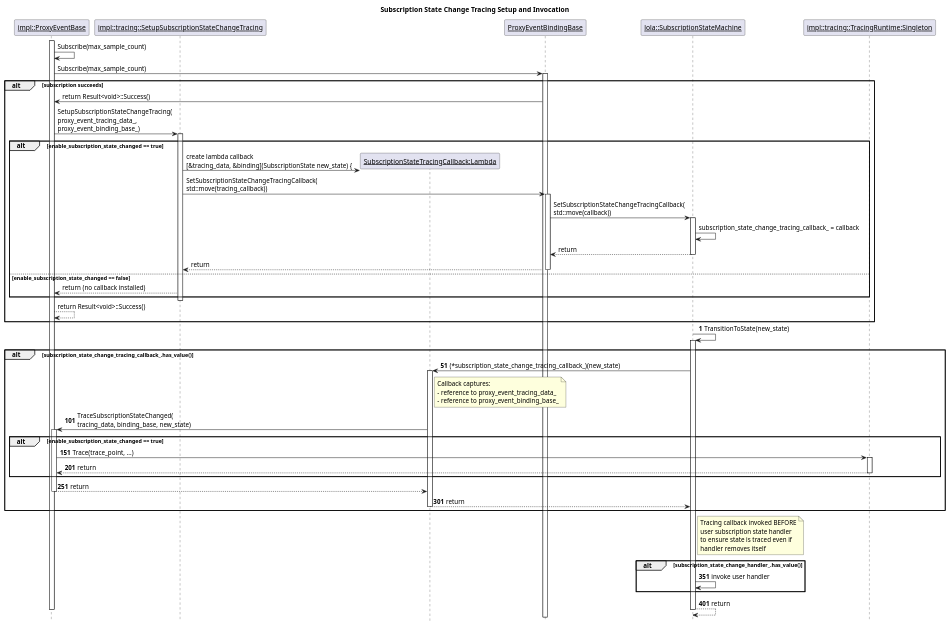
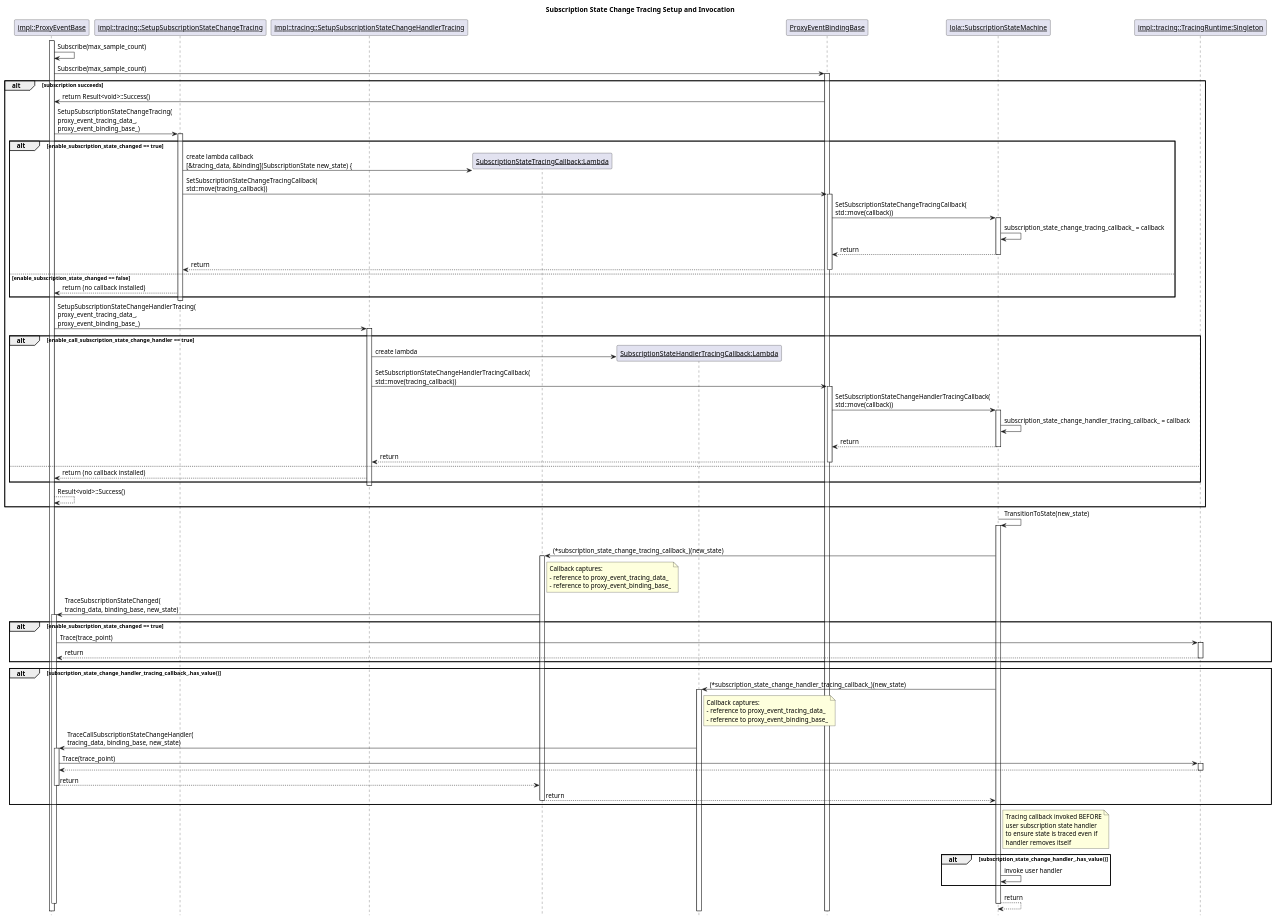
The diagram in score/mw/com/design/ipc_tracing/sequence_subscription_state_tracing.puml (bgsw-contrib/score_communication), drawn with PlantUML before and after one commit. The commit also changed 11 other files, not shown here.

```diff
--- a/score/mw/com/design/ipc_tracing/sequence_subscription_state_tracing.puml
+++ b/score/mw/com/design/ipc_tracing/sequence_subscription_state_tracing.puml
@@ -1,100 +1,137 @@
 @startuml sequence_subscription_state_tracing
 title "Subscription State Change Tracing Setup and Invocation"
 hide footbox
 
 participant "<u>impl::ProxyEventBase</u>" as ProxyEventBase
 participant "<u>impl::tracing::SetupSubscriptionStateChangeTracing</u>" as TraceSetup
+participant "<u>impl::tracing::SetupSubscriptionStateChangeHandlerTracing</u>" as HandlerTraceSetup
 participant "<u>SubscriptionStateTracingCallback:Lambda</u>" as TracingCallback
+participant "<u>SubscriptionStateHandlerTracingCallback:Lambda</u>" as HandlerTracingCallback
 participant "<u>ProxyEventBindingBase</u>" as BindingBase
 participant "<u>lola::SubscriptionStateMachine</u>" as StateMachine
 participant "<u>impl::tracing::TracingRuntime:Singleton</u>" as TracingRuntime
 
 activate ProxyEventBase
 ProxyEventBase -> ProxyEventBase: Subscribe(max_sample_count)
 
 ProxyEventBase -> BindingBase: Subscribe(max_sample_count)
 activate BindingBase
 
 alt subscription succeeds
     BindingBase -> ProxyEventBase: return Result<void>::Success()
     
     ProxyEventBase -> TraceSetup: SetupSubscriptionStateChangeTracing(\nproxy_event_tracing_data_,\nproxy_event_binding_base_)
     activate TraceSetup
     
     alt enable_subscription_state_changed == true
         create TracingCallback
         TraceSetup -> TracingCallback: create lambda callback\n[&tracing_data, &binding](SubscriptionState new_state) {
         
         TraceSetup -> BindingBase: SetSubscriptionStateChangeTracingCallback(\nstd::move(tracing_callback))
         activate BindingBase
         
         BindingBase -> StateMachine: SetSubscriptionStateChangeTracingCallback(\nstd::move(callback))
         activate StateMachine
         
         StateMachine -> StateMachine: subscription_state_change_tracing_callback_ = callback
         
         StateMachine --> BindingBase: return
         deactivate StateMachine
         
         BindingBase --> TraceSetup: return
         deactivate BindingBase
         
     else enable_subscription_state_changed == false
         TraceSetup --> ProxyEventBase: return (no callback installed)
     end
     
     deactivate TraceSetup
     
-    ProxyEventBase --> ProxyEventBase: return Result<void>::Success()
-    
+    ProxyEventBase -> HandlerTraceSetup: SetupSubscriptionStateChangeHandlerTracing(\nproxy_event_tracing_data_,\nproxy_event_binding_base_)
+    activate HandlerTraceSetup
+
+    alt enable_call_subscription_state_change_handler == true
+        create HandlerTracingCallback
+        HandlerTraceSetup -> HandlerTracingCallback: create lambda
+        HandlerTraceSetup -> BindingBase: SetSubscriptionStateChangeHandlerTracingCallback(\nstd::move(tracing_callback))
+        activate BindingBase
+        BindingBase -> StateMachine: SetSubscriptionStateChangeHandlerTracingCallback(\nstd::move(callback))
+        activate StateMachine
+        StateMachine -> StateMachine: subscription_state_change_handler_tracing_callback_ = callback
+        StateMachine --> BindingBase: return
+        deactivate StateMachine
+        BindingBase --> HandlerTraceSetup: return
+        deactivate BindingBase
+    else
+        HandlerTraceSetup --> ProxyEventBase: return (no callback installed)
+    end
+
+    deactivate HandlerTraceSetup
+
+    ProxyEventBase --> ProxyEventBase: Result<void>::Success()
 end
 
-autonumber 1 50
 StateMachine -> StateMachine: TransitionToState(new_state)
 activate StateMachine
 
 alt subscription_state_change_tracing_callback_.has_value()
     StateMachine -> TracingCallback: (*subscription_state_change_tracing_callback_)(new_state)
     activate TracingCallback
     
     note right of TracingCallback
         Callback captures:
         - reference to proxy_event_tracing_data_
         - reference to proxy_event_binding_base_
     end note
     
     TracingCallback -> ProxyEventBase: TraceSubscriptionStateChanged(\ntracing_data, binding_base, new_state)
     activate ProxyEventBase
     
     alt enable_subscription_state_changed == true
-        ProxyEventBase -> TracingRuntime: Trace(trace_point, ...)
+        ProxyEventBase -> TracingRuntime: Trace(trace_point)
         activate TracingRuntime
         
         TracingRuntime --> ProxyEventBase: return
         deactivate TracingRuntime
     end
     
+alt subscription_state_change_handler_tracing_callback_.has_value()
+    StateMachine -> HandlerTracingCallback: (*subscription_state_change_handler_tracing_callback_)(new_state)
+    activate HandlerTracingCallback
+
+    note right of HandlerTracingCallback
+        Callback captures:
+        - reference to proxy_event_tracing_data_
+        - reference to proxy_event_binding_base_
+    end note
+
+    HandlerTracingCallback -> ProxyEventBase: TraceCallSubscriptionStateChangeHandler(\ntracing_data, binding_base, new_state)
+    activate ProxyEventBase
+    ProxyEventBase -> TracingRuntime: Trace(trace_point)
+    activate TracingRuntime
+    TracingRuntime --> ProxyEventBase
+    deactivate TracingRuntime
     ProxyEventBase --> TracingCallback: return
     deactivate ProxyEventBase
     
     TracingCallback --> StateMachine: return
     deactivate TracingCallback
 end
 
 note right of StateMachine
     Tracing callback invoked BEFORE
     user subscription state handler
     to ensure state is traced even if
     handler removes itself
 end note
 
 alt subscription_state_change_handler_.has_value()
     StateMachine -> StateMachine: invoke user handler
 end
 
 StateMachine --> StateMachine: return
 deactivate StateMachine
 
 deactivate ProxyEventBase
 
 @enduml
```
